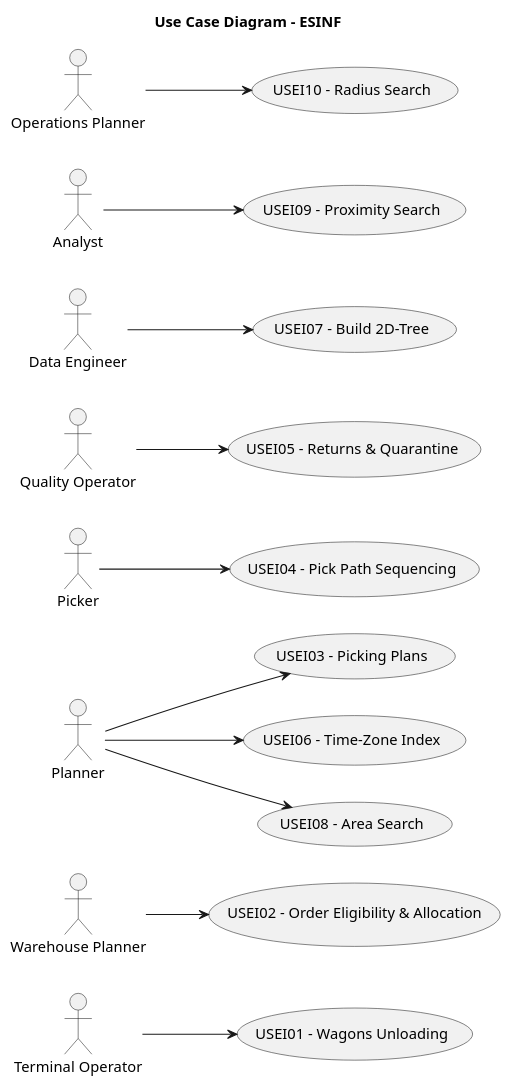
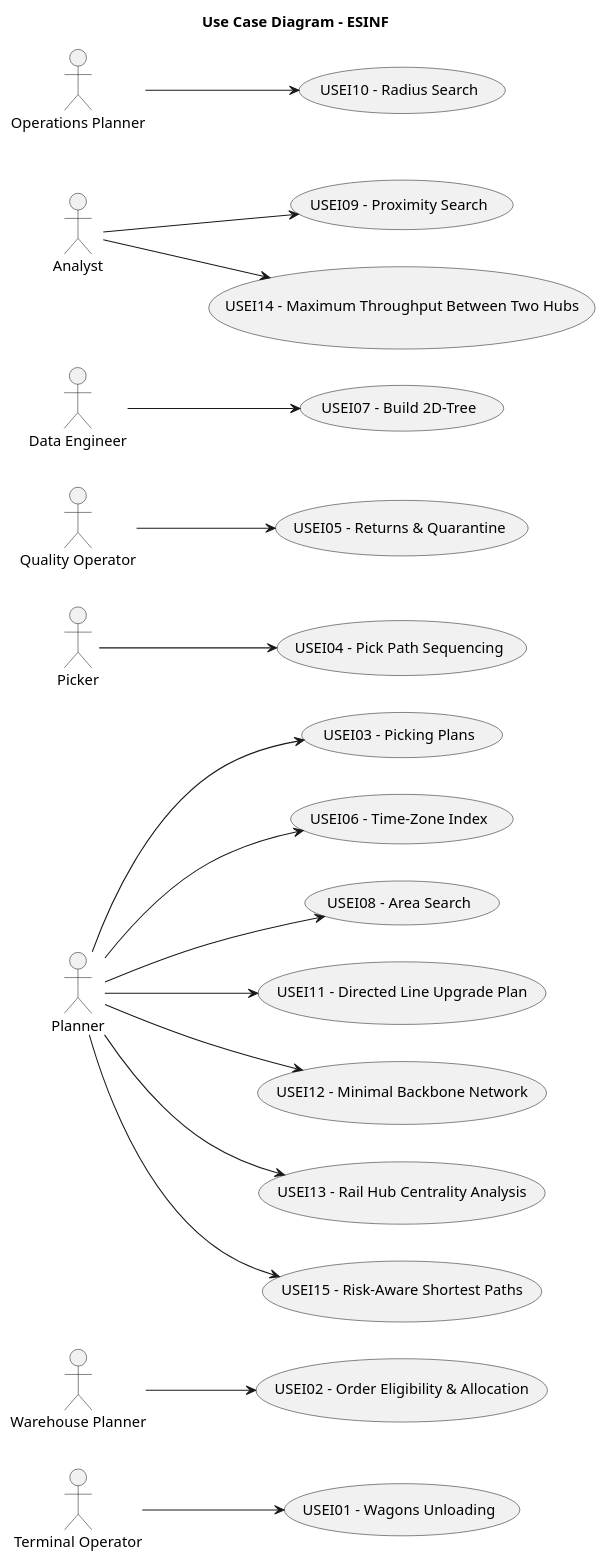
Before and after one commit to bruno-monteiro5/sem3-pi-25.26-g164-repository: the diagram in docs/system-documentation/global-artifacts/requirements-engineering/puml/UCDESINF.puml, drawn with PlantUML. The commit also changed 2 other files, not shown here.

Commit message:
ESINF(Docs) - Add Sprint 3 use cases and associations to use case diagram [#88]

```diff
--- a/docs/system-documentation/global-artifacts/requirements-engineering/puml/UCDESINF.puml
+++ b/docs/system-documentation/global-artifacts/requirements-engineering/puml/UCDESINF.puml
@@ -1,35 +1,68 @@
 @startuml
 left to right direction
 title Use Case Diagram - ESINF
 
 actor "Terminal Operator" as TO
 actor "Warehouse Planner" as WP
 actor "Planner" as PL
 actor "Picker" as PK
 actor "Quality Operator" as QO
 actor "Data Engineer" as DE
 actor "Analyst" as AN
 actor "Operations Planner" as OP
 
+' ---------------------
+' Sprint 1 – Warehouse & Terminal
+' ---------------------
 usecase "USEI01 - Wagons Unloading" as UC1
 usecase "USEI02 - Order Eligibility & Allocation" as UC2
 usecase "USEI03 - Picking Plans" as UC3
 usecase "USEI04 - Pick Path Sequencing" as UC4
 usecase "USEI05 - Returns & Quarantine" as UC5
+
+' ---------------------
+' Sprint 2 – Spatial & Indexed Queries
+' ---------------------
 usecase "USEI06 - Time-Zone Index" as UC6
 usecase "USEI07 - Build 2D-Tree" as UC7
 usecase "USEI08 - Area Search" as UC8
 usecase "USEI09 - Proximity Search" as UC9
 usecase "USEI10 - Radius Search" as UC10
 
+' ---------------------
+' Sprint 3 – Railway Network Optimization
+' ---------------------
+usecase "USEI11 - Directed Line Upgrade Plan" as UC11
+usecase "USEI12 - Minimal Backbone Network" as UC12
+usecase "USEI13 - Rail Hub Centrality Analysis" as UC13
+usecase "USEI14 - Maximum Throughput Between Two Hubs" as UC14
+usecase "USEI15 - Risk-Aware Shortest Paths" as UC15
+
+' ---------------------
+' Associations Sprint 1
+' ---------------------
 TO --> UC1
 WP --> UC2
 PL --> UC3
 PK --> UC4
 QO --> UC5
+
+' ---------------------
+' Associations Sprint 2
+' ---------------------
 PL --> UC6
 DE --> UC7
 PL --> UC8
 AN --> UC9
 OP --> UC10
+
+' ---------------------
+' Associations Sprint 3
+' ---------------------
+PL --> UC11
+PL --> UC12
+PL --> UC13
+AN --> UC14
+PL --> UC15
+
 @enduml
```
